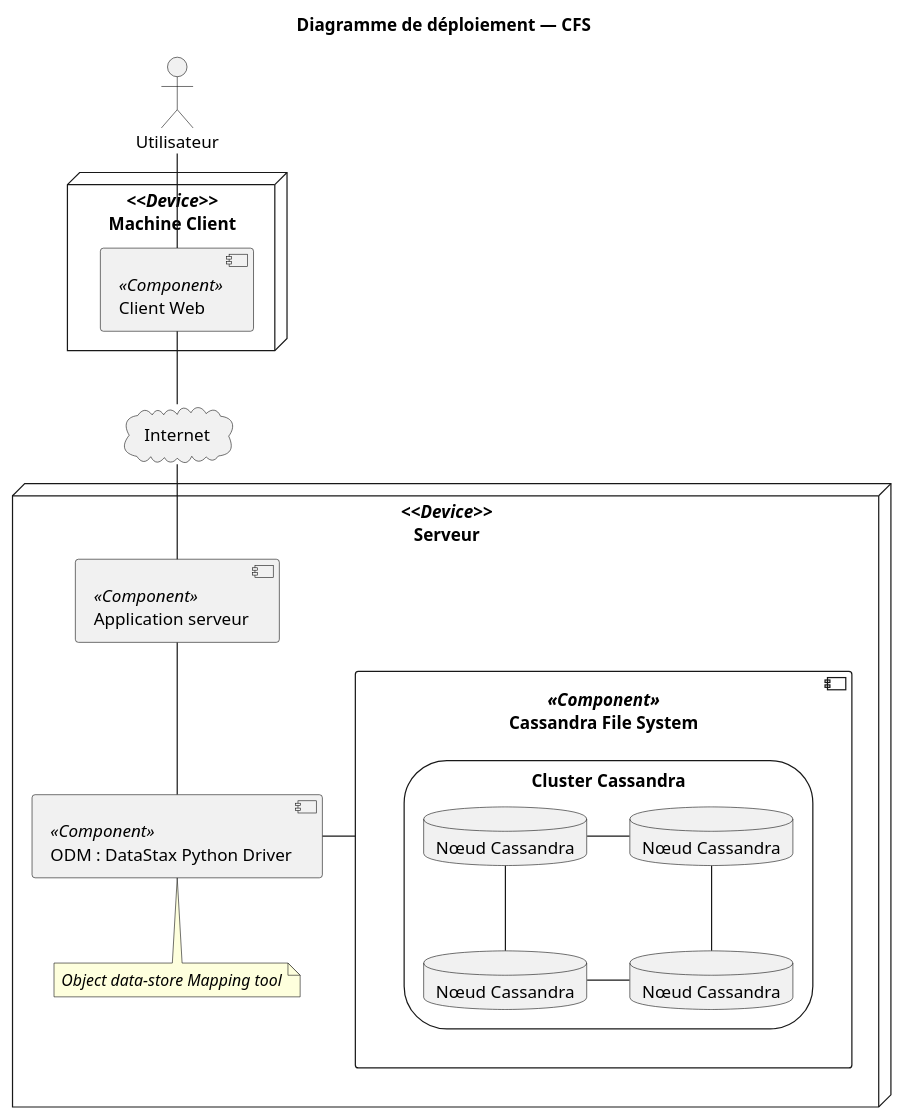
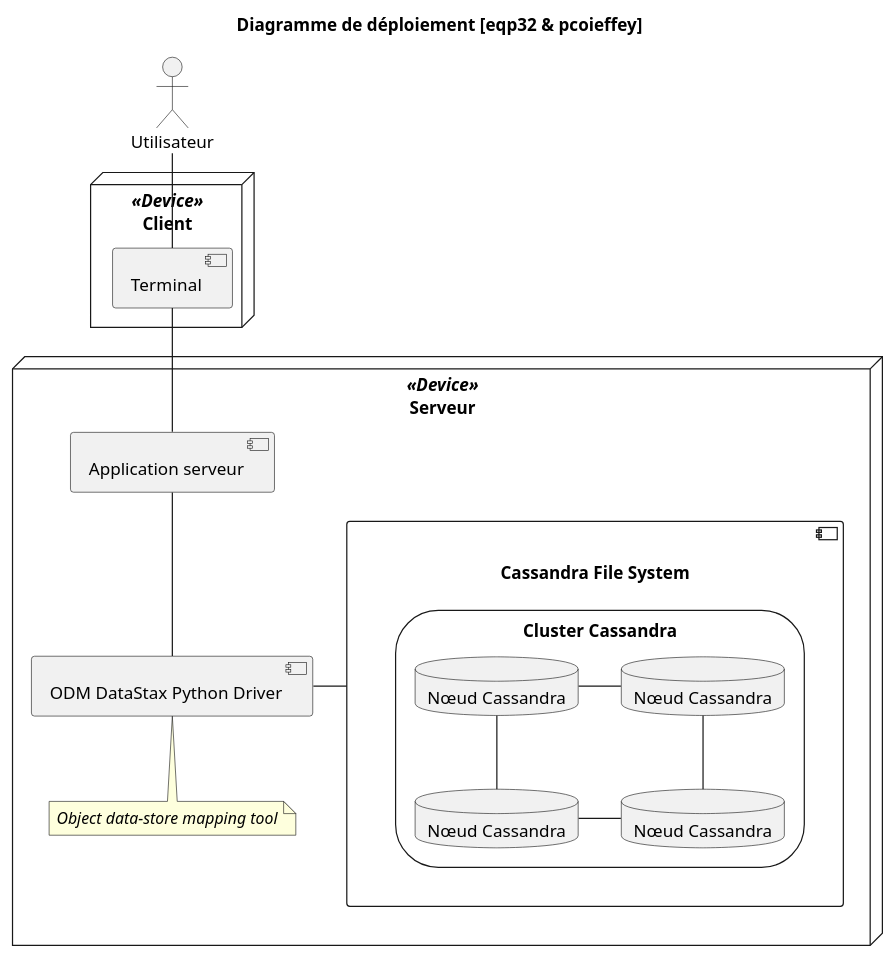
Before and after one commit to gdarchen/BigData-CFS: the diagram in conception/src/deployment_diagram.puml, drawn with PlantUML.

Commit message:
Correction client et détails

```diff
--- a/conception/src/deployment_diagram.puml
+++ b/conception/src/deployment_diagram.puml
@@ -1,37 +1,35 @@
 @startuml
-title Diagramme de déploiement — CFS
+title Diagramme de déploiement [eqp32 & pcoieffey]
 actor Utilisateur as User
 
 
-node "<<<i>Device</i>>>\nMachine Client" as Client {
-    component "<i><<Component>></i>\nClient Web" as progClient
+node "<i><<Device>></i>\nClient" as Client {
+    component "Terminal" as progClient
 }
 
-cloud Internet
 
-node "<<<i>Device</i>>>\nServeur" as Serveur {
-    component "<i><<Component>></i>\nApplication serveur" as progServeur
-    component "<i><<Component>></i>\nODM : DataStax Python Driver" as ORM
-    note bottom of ORM : <i>Object data-store Mapping tool</i>
+node "<i><<Device>></i>\nServeur" as Serveur {
+    component "Application serveur" as progServeur
+    component "ODM DataStax Python Driver" as ODM
+    note bottom of ODM : <i>Object data-store mapping tool</i>
 
-    component "<i><<Component>></i>\n<b>Cassandra File System</b>" as CFS {
+    component "\n<b>Cassandra File System</b>" as CFS {
         storage "Cluster Cassandra" as cluster {
             database "Nœud Cassandra" as noeud1
             database "Nœud Cassandra" as noeud2
             database "Nœud Cassandra" as noeud3
             database "Nœud Cassandra" as noeud4
         }
     }
 }
 
 User -- progClient
-progClient -- Internet
-Internet -- progServeur
-progServeur -- ORM
-ORM -right- CFS
+progServeur -- ODM
+ODM -right- CFS
+progClient -down- progServeur
 
 noeud1 -down- noeud2
 noeud2 -right- noeud3
 noeud3 -up- noeud4
 noeud4 -left- noeud1
 @enduml
```
